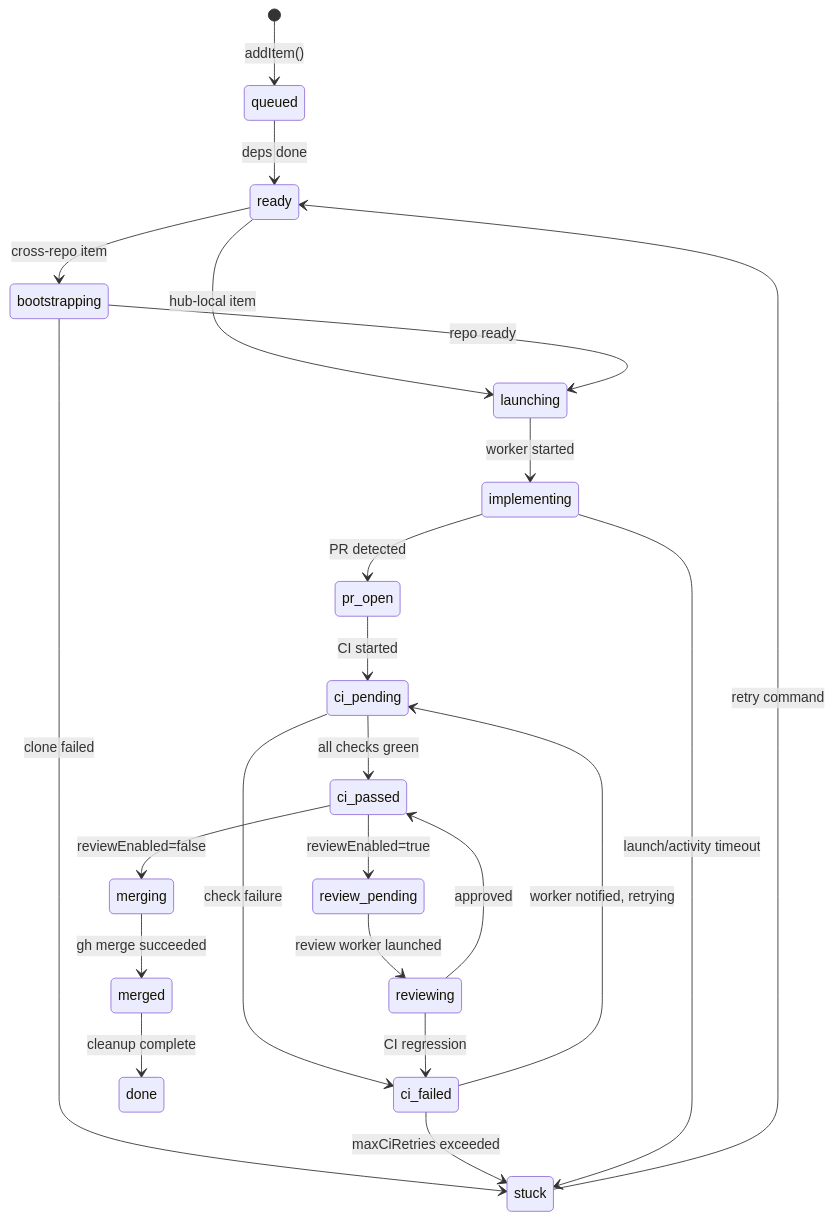
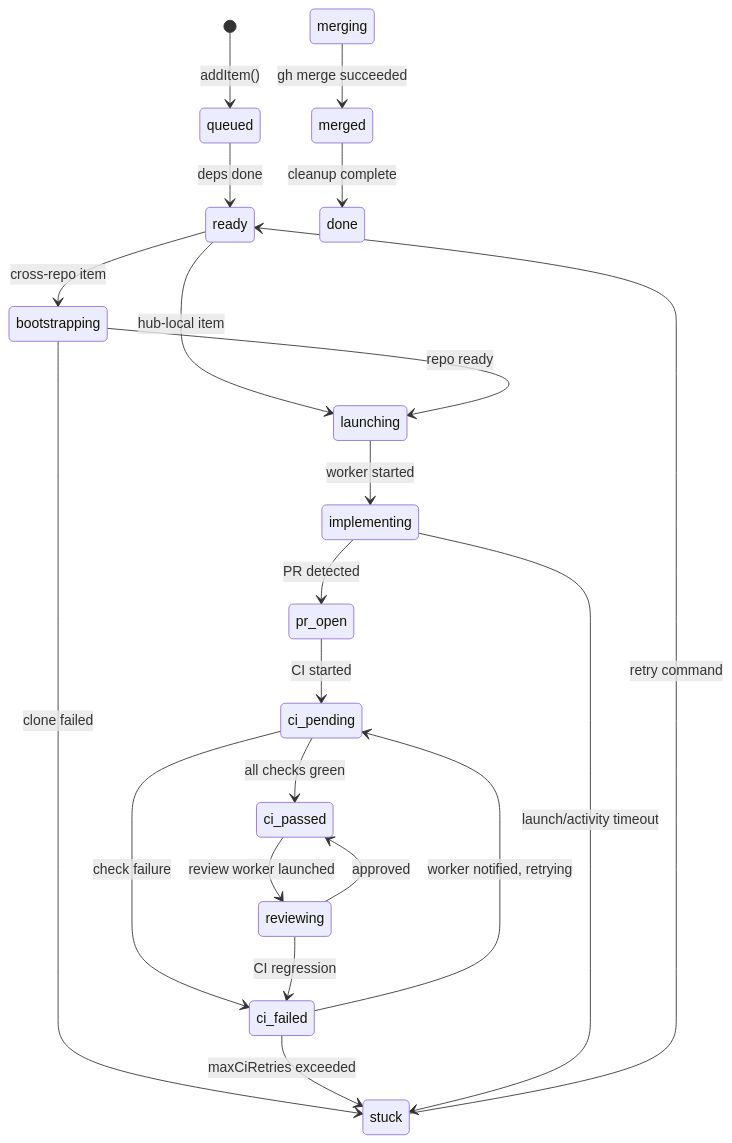
Before and after one commit to ninthwave-io/ninthwave: the diagram in ARCHITECTURE.md, drawn with Mermaid. The commit also changed 13 other files, not shown here.

First line of the commit message:
refactor: remove reviewEnabled, make AI review always-on (H-MS-2) (#349)

````diff
--- a/ARCHITECTURE.md
+++ b/ARCHITECTURE.md
@@ -45,25 +45,23 @@
 ```mermaid
 stateDiagram-v2
     [*] --> queued : addItem()
     queued --> ready : deps done
     ready --> bootstrapping : cross-repo item
     ready --> launching : hub-local item
     bootstrapping --> launching : repo ready
     bootstrapping --> stuck : clone failed
     launching --> implementing : worker started
     implementing --> pr_open : PR detected
     pr_open --> ci_pending : CI started
     ci_pending --> ci_passed : all checks green
     ci_pending --> ci_failed : check failure
-    ci_passed --> review_pending : reviewEnabled=true
-    ci_passed --> merging : reviewEnabled=false
-    review_pending --> reviewing : review worker launched
+    ci_passed --> reviewing : review worker launched
     reviewing --> ci_passed : approved
     reviewing --> ci_failed : CI regression
     ci_failed --> ci_pending : worker notified, retrying
     ci_failed --> stuck : maxCiRetries exceeded
     merging --> merged : gh merge succeeded
     merged --> done : cleanup complete
     implementing --> stuck : launch/activity timeout
     stuck --> ready : retry command
 ```
````
